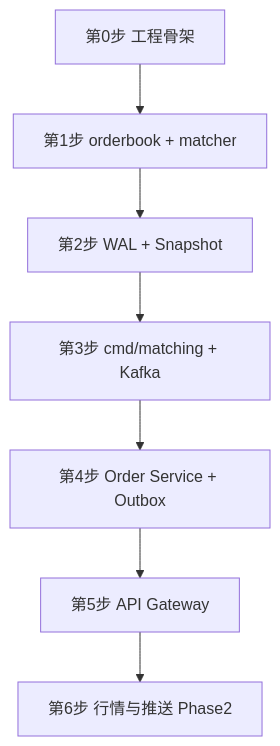
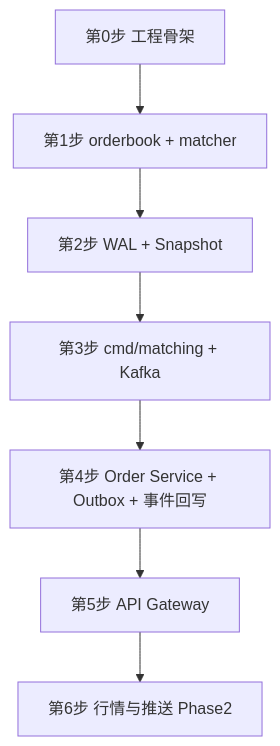
Before and after one commit to Grizzly1127/trading_matchengine: the diagram in docs/development-roadmap.md, drawn with Mermaid. The commit also changed other lines of this file and 55 other files, not shown here.

````diff
--- a/docs/development-roadmap.md
+++ b/docs/development-roadmap.md
@@ -49,12 +49,12 @@
 ```mermaid
 flowchart TD
     S0[第0步 工程骨架]
     S1[第1步 orderbook + matcher]
     S2[第2步 WAL + Snapshot]
     S3[第3步 cmd/matching + Kafka]
-    S4[第4步 Order Service + Outbox]
+    S4[第4步 Order Service + Outbox + 事件回写]
     S5[第5步 API Gateway]
     S6[第6步 行情与推送 Phase2]
 
     S0 --> S1 --> S2 --> S3 --> S4 --> S5 --> S6
 ```
````
